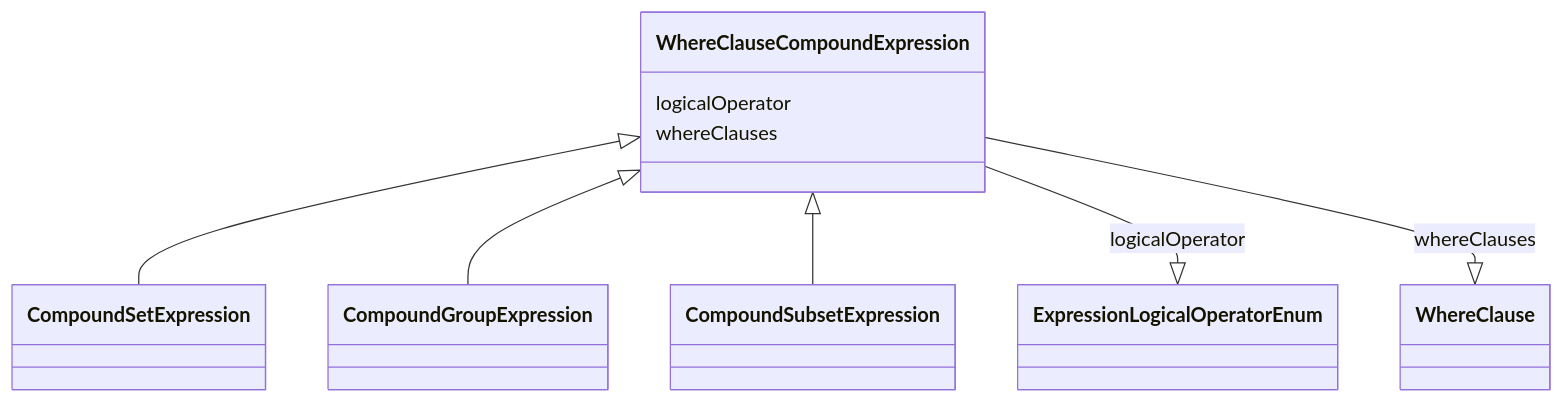
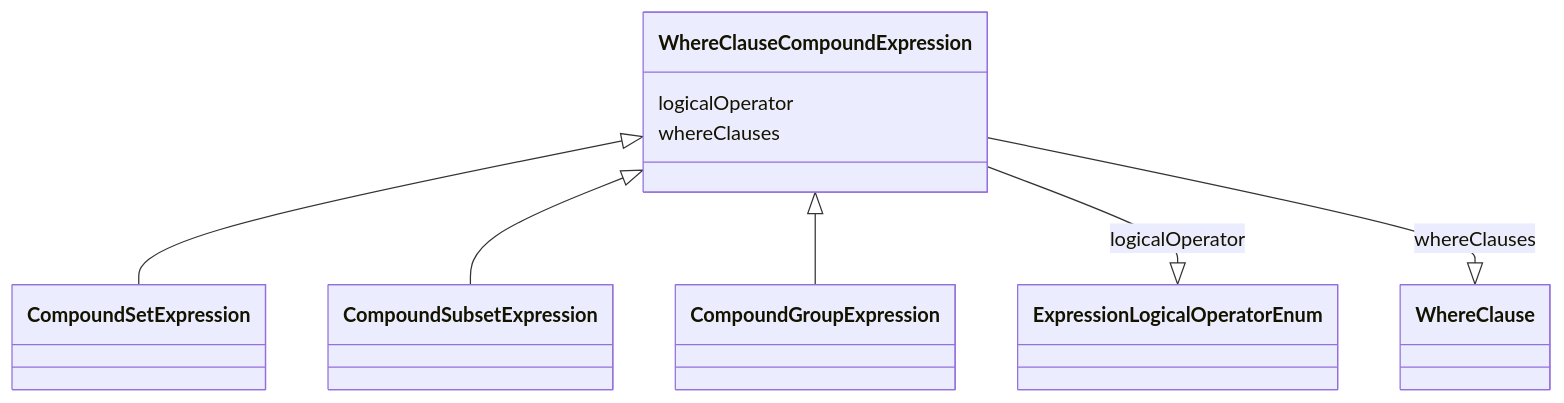
The diagram in project/docs/WhereClauseCompoundExpression.md (cdisc-org/analysis-results-standard), drawn with Mermaid before and after one commit. The commit also changed other lines of this file and 192 other files, not shown here.

````diff
--- a/project/docs/WhereClauseCompoundExpression.md
+++ b/project/docs/WhereClauseCompoundExpression.md
@@ -15,17 +13,12 @@
 ```mermaid
  classDiagram
     class WhereClauseCompoundExpression
       WhereClauseCompoundExpression <|-- CompoundSetExpression
+      WhereClauseCompoundExpression <|-- CompoundSubsetExpression
       WhereClauseCompoundExpression <|-- CompoundGroupExpression
-      WhereClauseCompoundExpression <|-- CompoundSubsetExpression
-      
-      WhereClauseCompoundExpression : logicalOperator
+      WhereClauseCompoundExpression : logicalOperator        
+        WhereClauseCompoundExpression --|> ExpressionLogicalOperatorEnum : logicalOperator
+        WhereClauseCompoundExpression : whereClauses        
+        WhereClauseCompoundExpression --|> WhereClause : whereClauses
         
-          WhereClauseCompoundExpression --|> ExpressionLogicalOperatorEnum : logicalOperator
-        
-      WhereClauseCompoundExpression : whereClauses
-        
-          WhereClauseCompoundExpression --|> WhereClause : whereClauses
-        
-      
 ```
````
